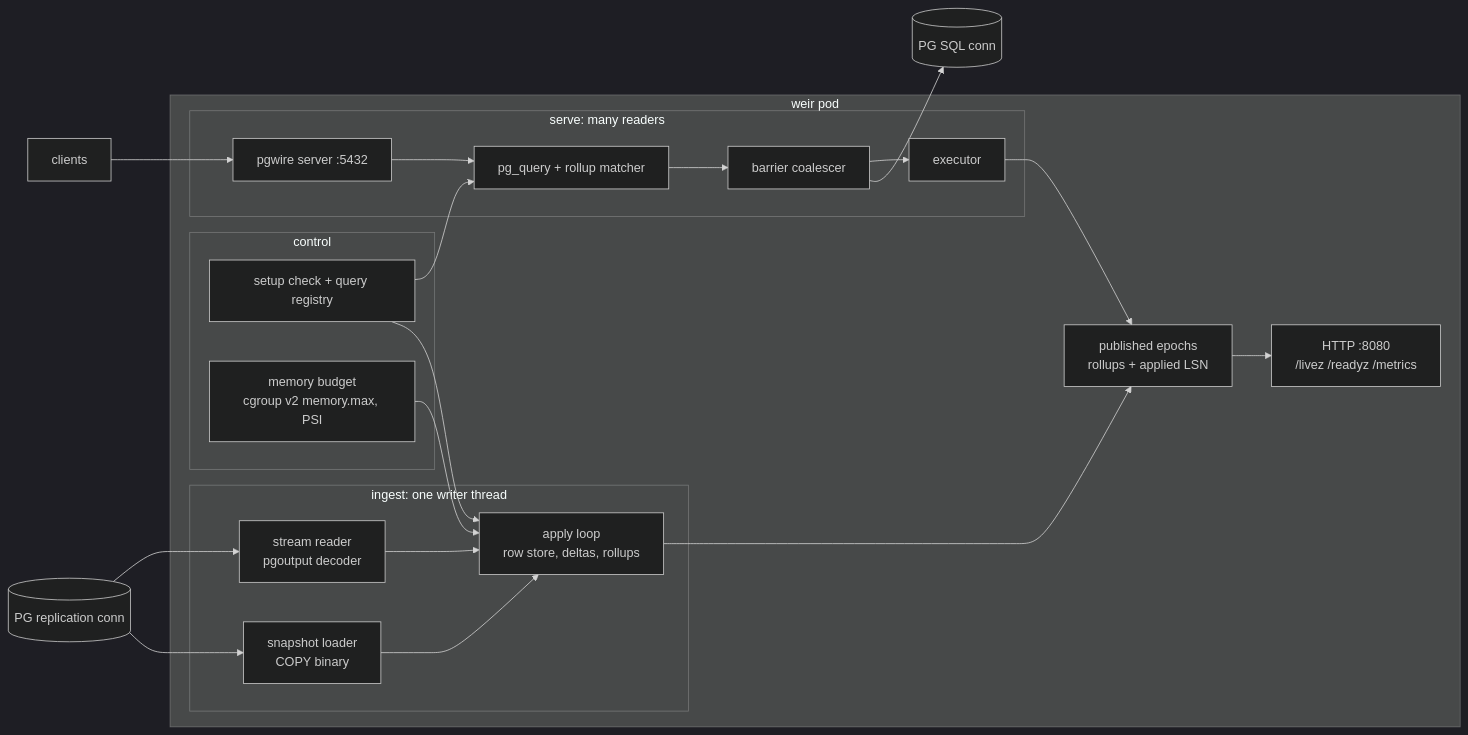
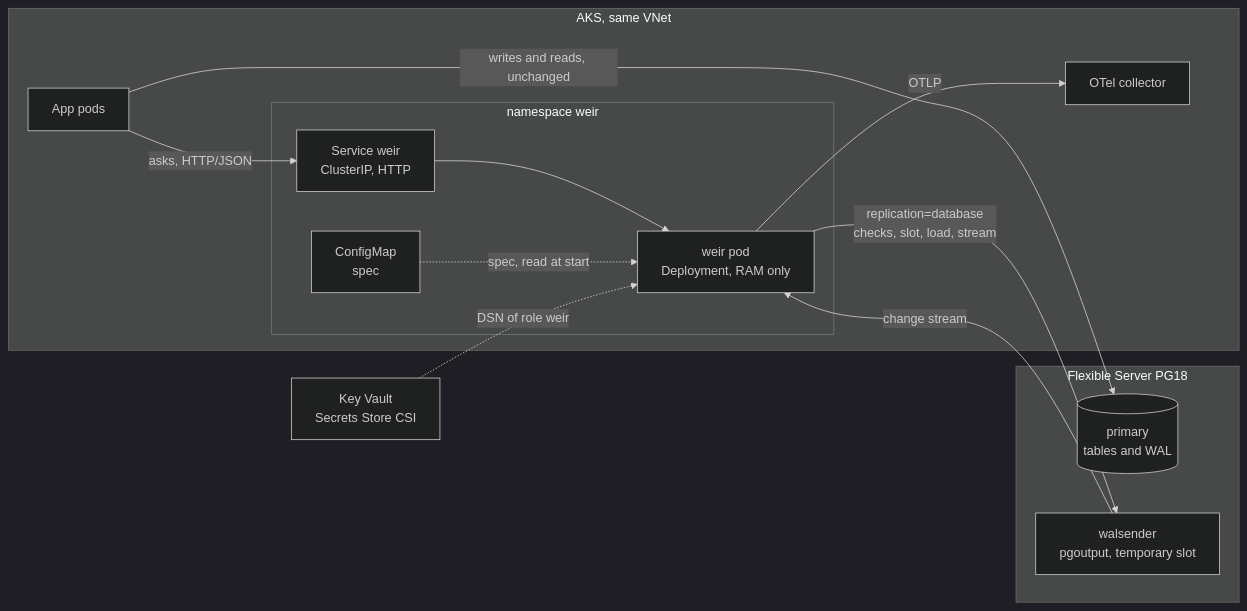
Before and after one commit to janbjorge/straum: the fourth of 5 diagrams in research/ARCHITECTURE.md, drawn with Mermaid (dark theme). The commit also changed other lines of this file and 8 other files, not shown here.

````diff
--- a/research/ARCHITECTURE.md
+++ b/research/ARCHITECTURE.md
@@ -251,36 +262,25 @@
 ```mermaid
 flowchart LR
-  pgR[("PG replication conn")]
-  pgS[("PG SQL conn")]
-  client["clients"]
-  subgraph pod["weir pod"]
-    subgraph ctl["control"]
-      spec["setup check + query registry"]
-      mem["memory budget<br/>cgroup v2 memory.max, PSI"]
+  subgraph AKS["AKS, same VNet"]
+    app["App pods"]
+    subgraph ns["namespace weir"]
+      svc["Service weir<br/>ClusterIP, HTTP"]
+      weir["weir pod<br/>Deployment, RAM only"]
+      cm["ConfigMap<br/>spec"]
     end
-    subgraph ingest["ingest: one writer thread"]
-      snap["snapshot loader<br/>COPY binary"]
-      src["stream reader<br/>pgoutput decoder"]
-      apply["apply loop<br/>row store, deltas, rollups"]
-    end
-    pub["published epochs<br/>rollups + applied LSN"]
-    subgraph serve["serve: many readers"]
-      wire["pgwire server :5432"]
-      match["pg_query + rollup matcher"]
-      bar["barrier coalescer"]
-      exec["executor"]
-    end
-    ops["HTTP :8080<br/>/livez /readyz /metrics"]
+    otel["OTel collector"]
   end
-  pgR --> snap --> apply
-  pgR --> src --> apply
-  apply --> pub
-  client --> wire --> match --> bar
-  bar --> pgS
-  bar --> exec
-  exec --> pub
-  spec --> apply
-  spec --> match
-  mem --> apply
-  pub --> ops
+  subgraph AZ["Flexible Server PG18"]
+    pg[("primary<br/>tables and WAL")]
+    ws["walsender<br/>pgoutput, temporary slot"]
+  end
+  kv["Key Vault<br/>Secrets Store CSI"]
+
+  app -- "writes and reads, unchanged" --> pg
+  app -- "asks, HTTP/JSON" --> svc --> weir
+  cm -. "spec, read at start" .-> weir
+  weir -- "replication=database<br/>checks, slot, load, stream" --> ws
+  ws -- "change stream" --> weir
+  weir -- "OTLP" --> otel
+  kv -. "DSN of role weir" .-> weir
 ```
````
